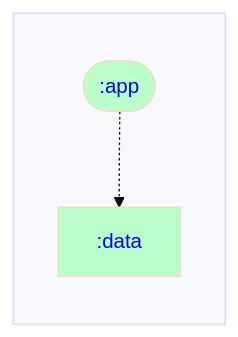
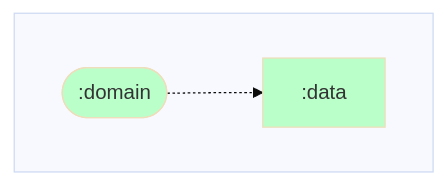
The diagram in data/dependencyGraph.md (ARES-ID/Daedalus), drawn with Mermaid before and after one commit. The commit also changed 108 other files, not shown here.

````diff
--- a/data/dependencyGraph.md
+++ b/data/dependencyGraph.md
@@ -1,22 +1,22 @@
 ```mermaid
 %%{ init: { 'theme': 'base' } }%%
 graph LR;
 
 %% Styling for module nodes by type
 classDef rootNode stroke-width:4px;
 classDef mppNode fill:#ffd2b3,color:#333333;
 classDef andNode fill:#baffc9,color:#333333;
 classDef javaNode fill:#ffb3ba,color:#333333;
 
 %% Modules
 subgraph  
-  direction TB;
-  :app([<a href='https://github.com/rjspies/Daedalus/blob/main/app/dependencyGraph.md' style='text-decoration:auto'>:app</a>]):::andNode;
-  :data[<a href='https://github.com/rjspies/Daedalus/blob/main/data/dependencyGraph.md' style='text-decoration:auto'>:data</a>]:::andNode;
+  direction LR;
+  :data[:data]:::andNode;
+  :domain([:domain]):::andNode;
 end
 
 %% Dependencies
 
 %% Dependents
-:app-.->:data
+:domain-.->:data
 ```
````
